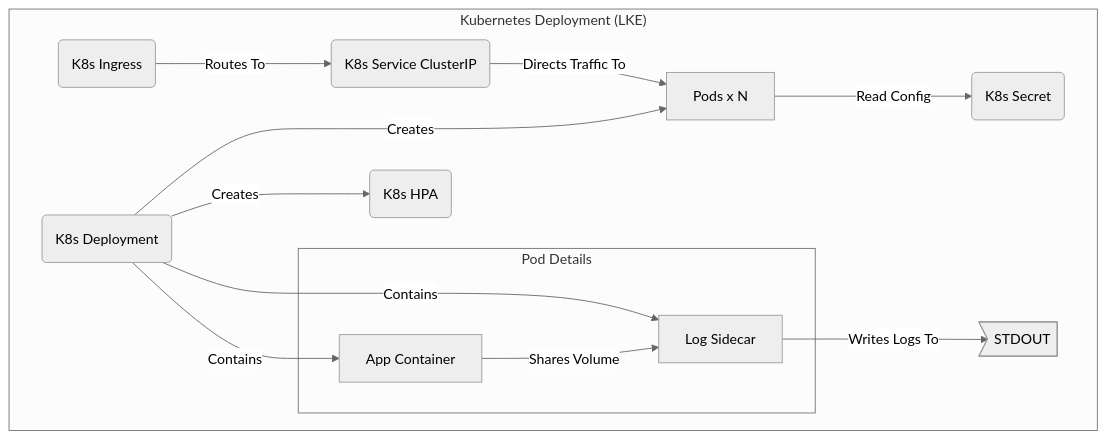
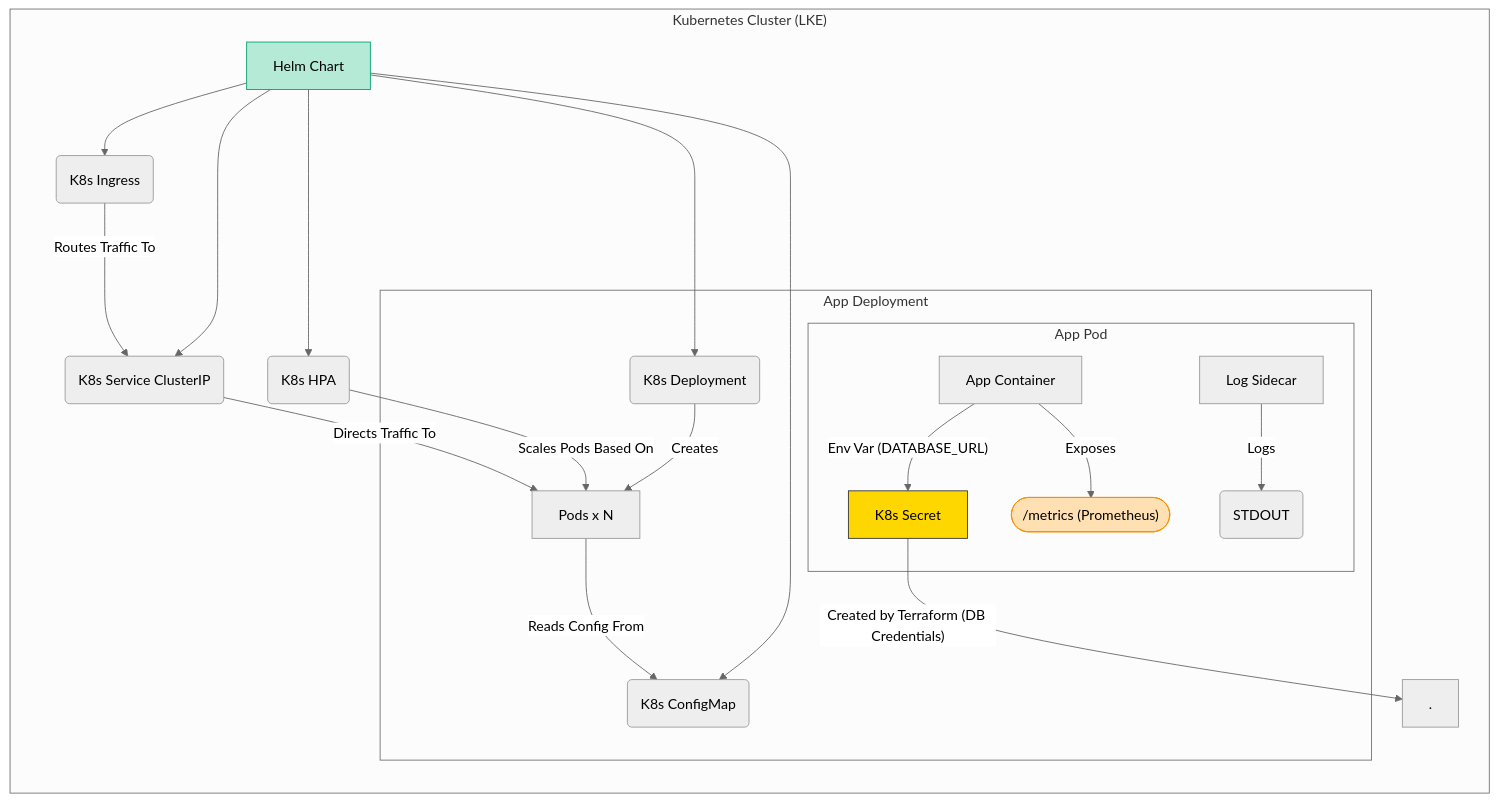
Before and after one commit to Prime267/rick-and-morty-app: the second of 2 diagrams in README.md, drawn with Mermaid (neutral theme). The commit also changed other lines of this file, not shown here.

````diff
--- a/README.md
+++ b/README.md
@@ -63,20 +63,30 @@
 ```mermaid
-graph TD
-    subgraph "Kubernetes Deployment (LKE)"
-        M(K8s Deployment) -- Creates --> N[Pods x N]
-        N -- Read Config --> K(K8s Secret)
-        
-        subgraph "Pod Details"
-            O[App Container] -- Shares Volume --> P[Log Sidecar]
+graph LR
+    subgraph "Kubernetes Cluster (LKE)"
+        A[Helm Chart] --> B(K8s Deployment);
+        A --> C(K8s Service ClusterIP);
+        A --> D(K8s Ingress);
+        A --> E(K8s HPA);
+        A --> F(K8s ConfigMap);
+
+        subgraph "App Deployment"
+            B -- Creates --> G[Pods x N];
+            G -- Reads Config From --> F;
+            
+            subgraph "App Pod"
+                H[App Container] -- "Env Var (DATABASE_URL)" --> I(K8s Secret);
+                H -- Exposes --> L(["/metrics (Prometheus)"]);
+                J[Log Sidecar] -- Logs --> K(STDOUT);
+            end
         end
-        
-        M -- Contains --> O
-        M -- Contains --> P
-        
-        Q(K8s Service ClusterIP) -- Directs Traffic To --> N
-        R(K8s Ingress) -- Routes To --> Q
-        M -- Creates --> S(K8s HPA)
-        
-        P -- Writes Logs To --> T>STDOUT]
+
+        I[K8s Secret] -- "Created by Terraform (DB Credentials)" --> .
+        E -- Scales Pods Based On --> G;
+        D -- Routes Traffic To --> C;
+        C -- Directs Traffic To --> G;
     end
+    
+    style A fill:#B5EAD7,stroke:#00A170
+    style I fill:#FFD700,color:#000,stroke:#333
+    style L fill:#FFE0B2,color:#000,stroke:#FB8C00
 ```
````
